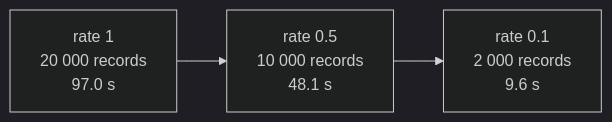
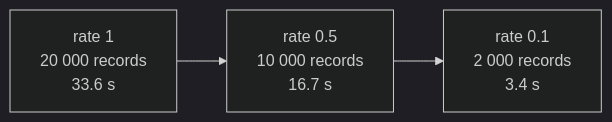
One commit to stSoftwareAU/NEAT-AI changed the diagram in docs/evidence/fitness-corpus-fidelity-3926.md. Above: the diagram before and after it, drawn with Mermaid (dark theme). The commit also changed other lines of this file and 5 other files, not shown here.

````diff
--- a/docs/evidence/fitness-corpus-fidelity-3926.md
+++ b/docs/evidence/fitness-corpus-fidelity-3926.md
@@ -39,5 +39,5 @@
 ```mermaid
 flowchart LR
-    A["rate 1<br/>20 000 records<br/>97.0 s"] --> B["rate 0.5<br/>10 000 records<br/>48.1 s"]
-    B --> C["rate 0.1<br/>2 000 records<br/>9.6 s"]
+    A["rate 1<br/>20 000 records<br/>33.6 s"] --> B["rate 0.5<br/>10 000 records<br/>16.7 s"]
+    B --> C["rate 0.1<br/>2 000 records<br/>3.4 s"]
 ```
````
